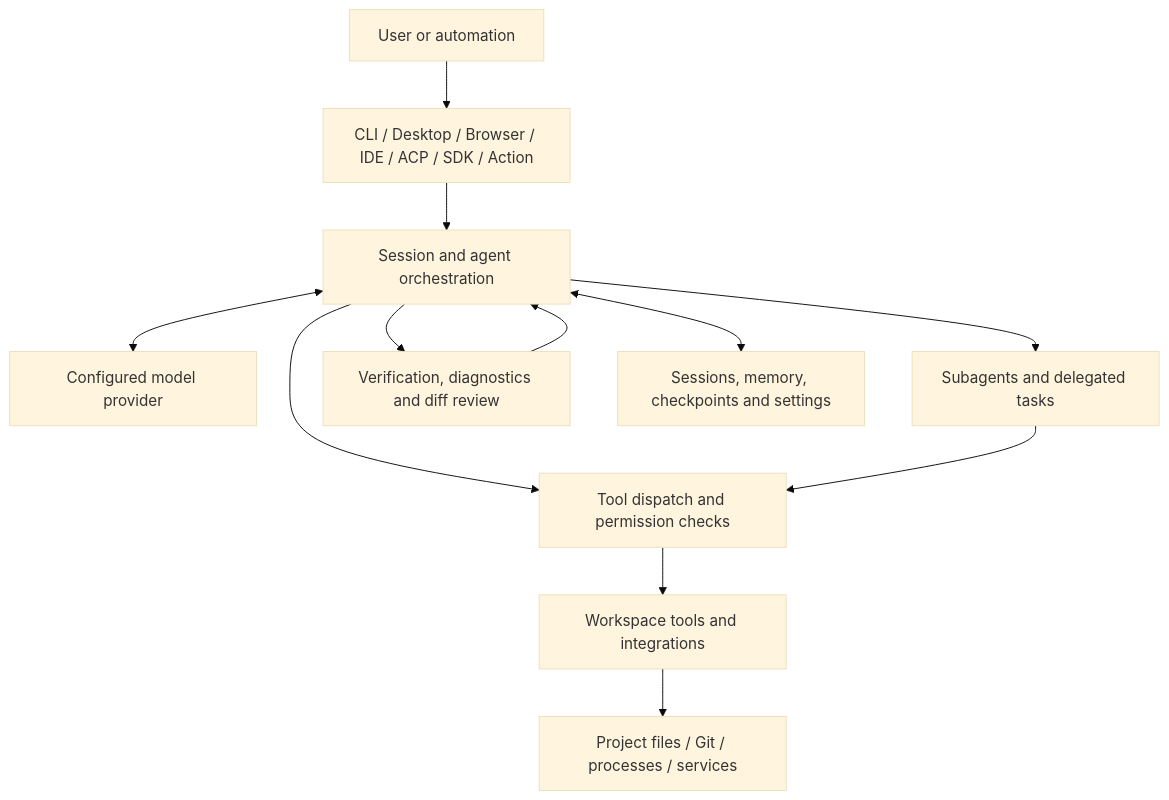
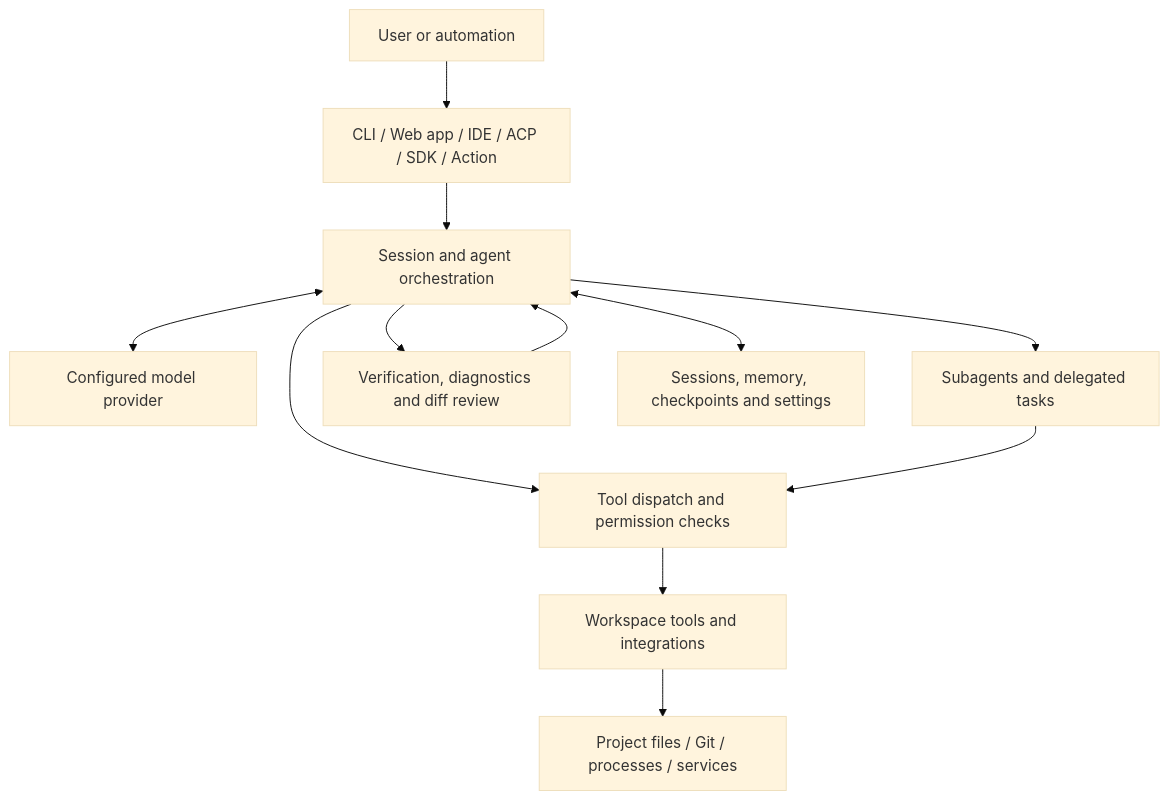
Before and after one commit to FAHTHIZ/oasis: the diagram in docs/ARCHITECTURE.md, drawn with Mermaid (base theme). The commit also changed other lines of this file and 7 other files, not shown here.

````diff
--- a/docs/ARCHITECTURE.md
+++ b/docs/ARCHITECTURE.md
@@ -9,14 +9,14 @@
 ```mermaid
 flowchart TD
-    U[User or automation] --> I[CLI / Desktop / Browser / IDE / ACP / SDK / Action]
+    U[User or automation] --> I[CLI / Web app / IDE / ACP / SDK / Action]
     I --> S[Session and agent orchestration]
     S <--> P[Configured model provider]
     S --> G[Tool dispatch and permission checks]
     G --> T[Workspace tools and integrations]
     T --> W[Project files / Git / processes / services]
     S --> A[Subagents and delegated tasks]
     A --> G
     S --> V[Verification, diagnostics and diff review]
     V --> S
     S <--> D[Sessions, memory, checkpoints and settings]
 ```
````
